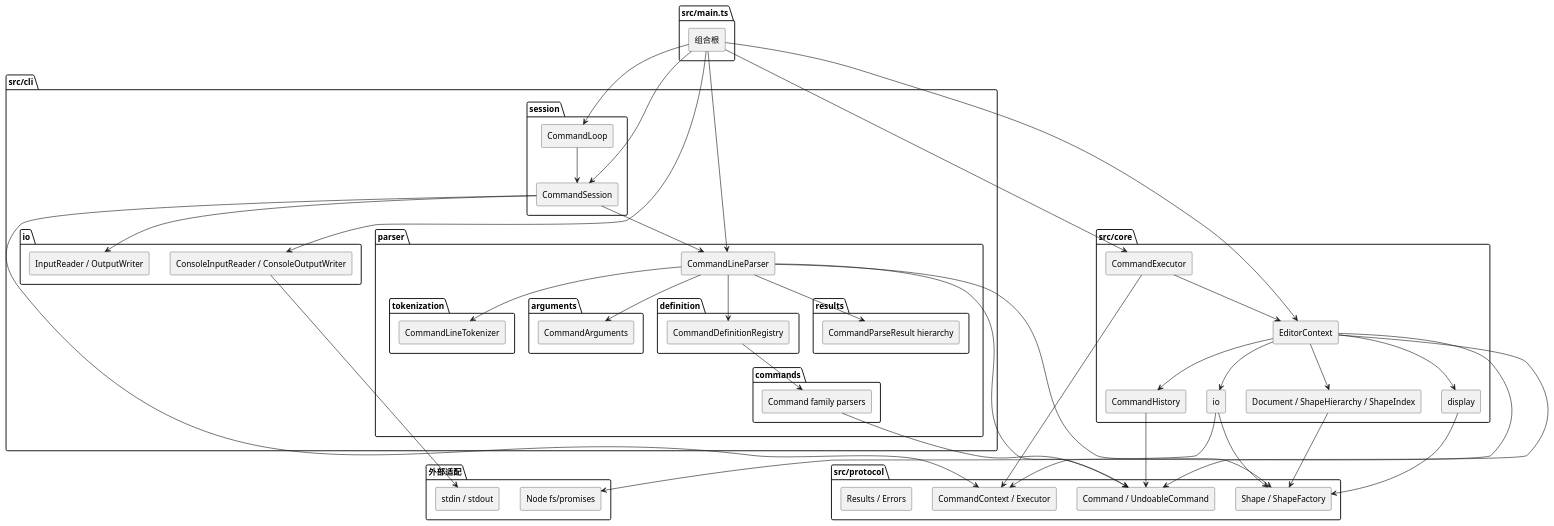
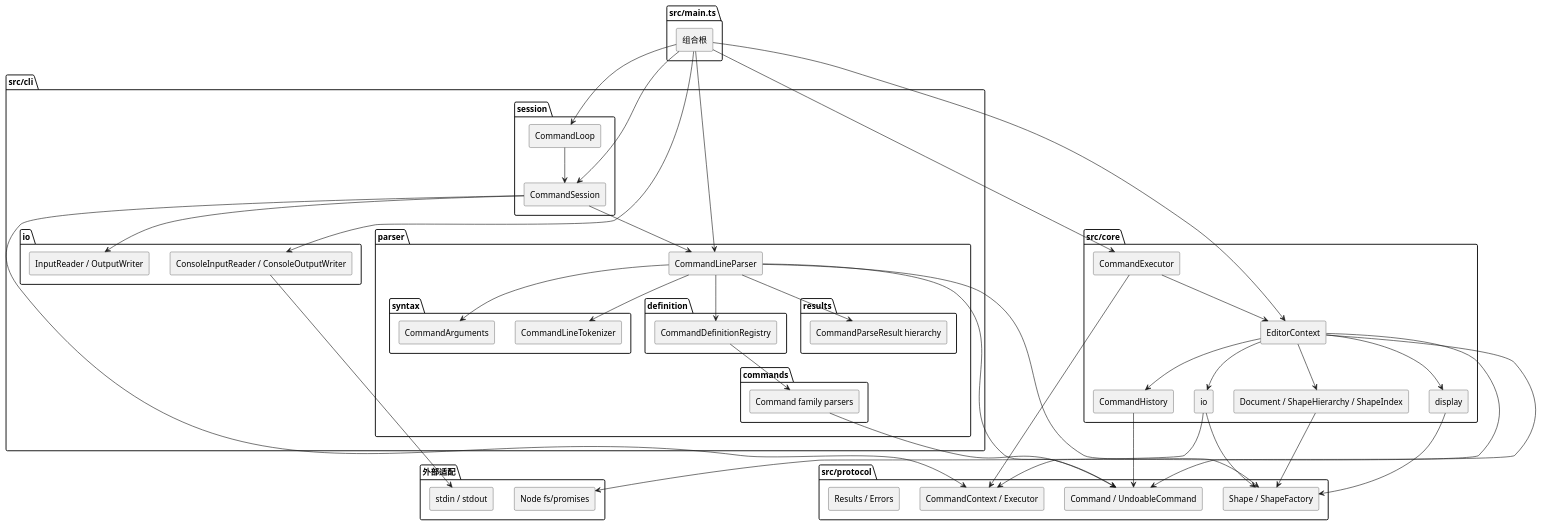
One commit to zhao-jingyan/SVG-Editor changed the diagram in doc/README.md. Above: the diagram before and after it, drawn with PlantUML. The commit also changed 14 other files, not shown here.

```diff
--- a/doc/README.md
+++ b/doc/README.md
@@ -45,10 +45,8 @@
   }
   package "parser" {
     [CommandLineParser] as Parser
-    package "tokenization" {
+    package "syntax" {
       [CommandLineTokenizer] as Tokenizer
-    }
-    package "arguments" {
       [CommandArguments] as Arguments
     }
     package "definition" {
```
